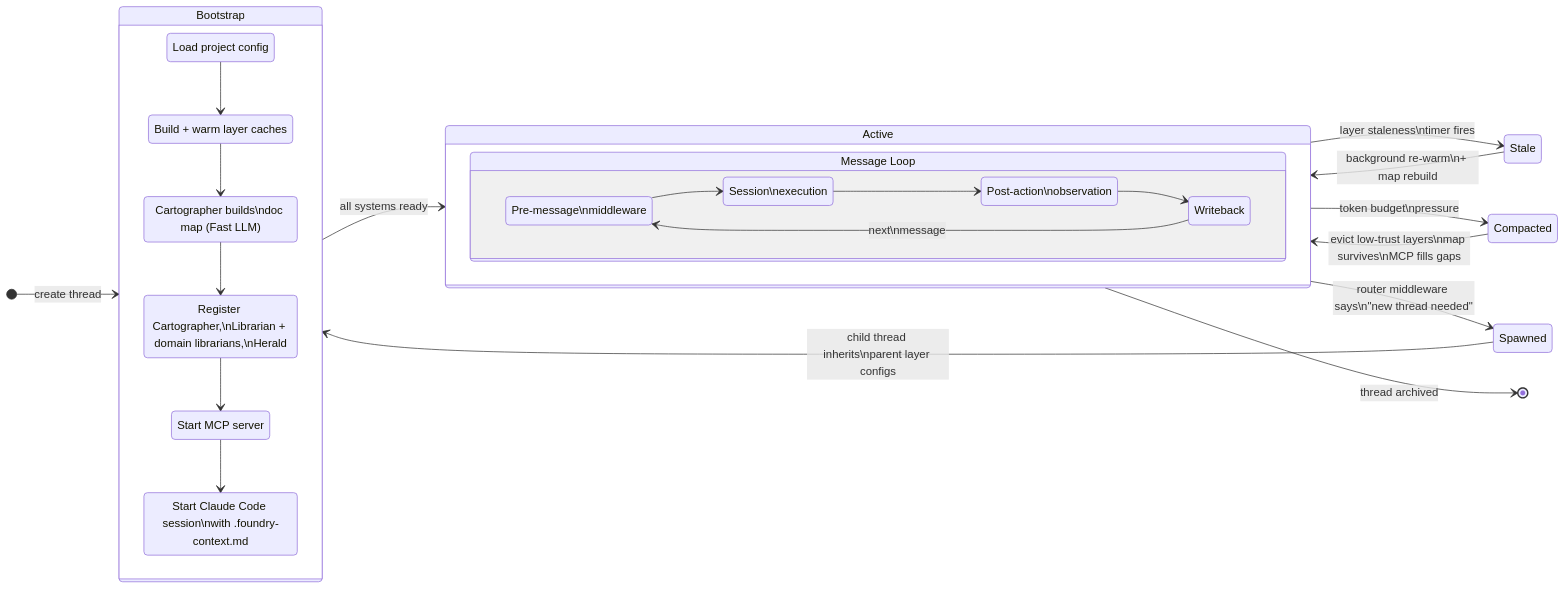
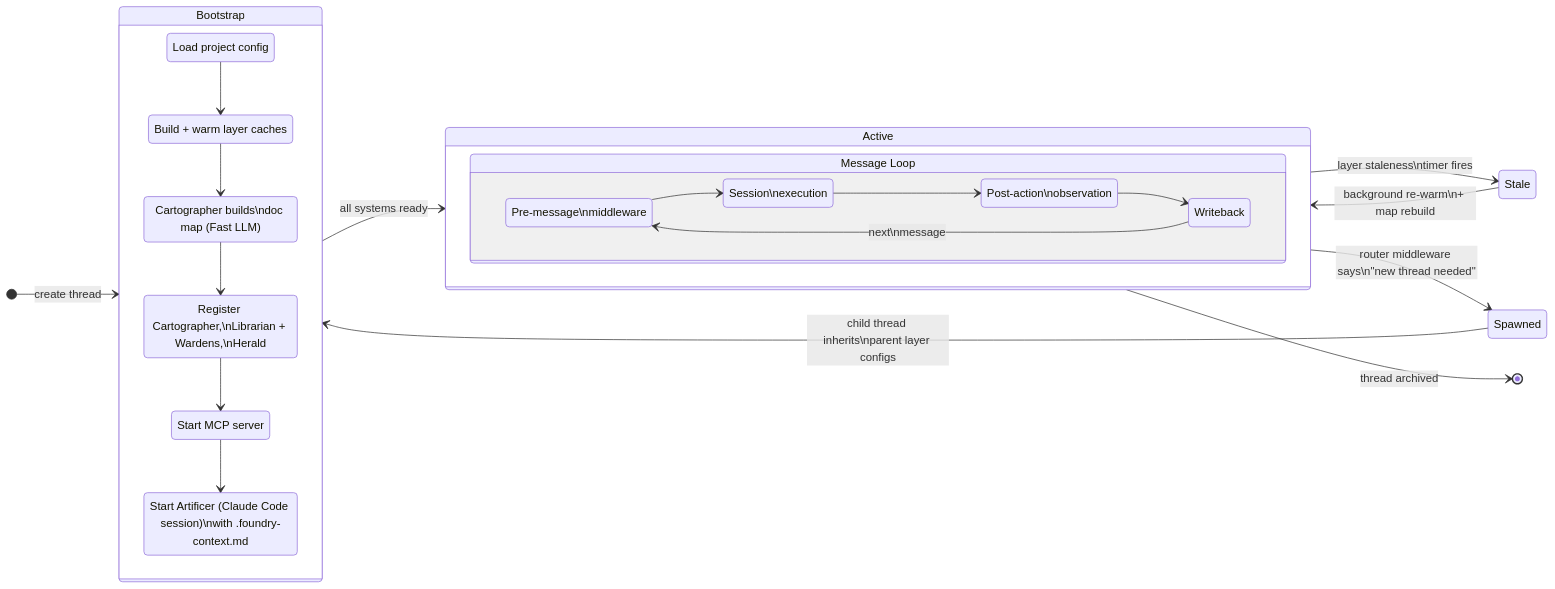
The seventh of 7 diagrams in docs/FLOW.md (inixiative/foundry), drawn with Mermaid before and after one commit. The commit also changed other lines of this file and 10 other files, not shown here.

````diff
--- a/docs/FLOW.md
+++ b/docs/FLOW.md
@@ -692,51 +689,48 @@
 ```mermaid
 stateDiagram-v2
     direction LR
 
     [*] --> Bootstrap: create thread
 
     state Bootstrap {
         direction TB
         Config: Load project config
         Layers: Build + warm layer caches
         Map: Cartographer builds\ndoc map (Fast LLM)
-        Agents: Register Cartographer,\nLibrarian + domain librarians,\nHerald
+        Agents: Register Cartographer,\nLibrarian + Wardens,\nHerald
         MCP: Start MCP server
-        Session: Start Claude Code session\nwith .foundry-context.md
+        Session: Start Artificer (Claude Code session)\nwith .foundry-context.md
 
         Config --> Layers
         Layers --> Map
         Map --> Agents
         Agents --> MCP
         MCP --> Session
     }
 
     Bootstrap --> Active: all systems ready
 
     state Active {
         direction TB
         state "Message Loop" as ML {
             direction LR
             Pre: Pre-message\nmiddleware
             Exec: Session\nexecution
             Post: Post-action\nobservation
             Write: Writeback
 
             Pre --> Exec
             Exec --> Post
             Post --> Write
             Write --> Pre: next\nmessage
         }
     }
 
     Active --> Stale: layer staleness\ntimer fires
     Stale --> Active: background re-warm\n+ map rebuild
 
-    Active --> Compacted: token budget\npressure
-    Compacted --> Active: evict low-trust layers\nmap survives\nMCP fills gaps
-
     Active --> Spawned: router middleware says\n"new thread needed"
     Spawned --> Bootstrap: child thread inherits\nparent layer configs
 
     Active --> [*]: thread archived
 ```
````
